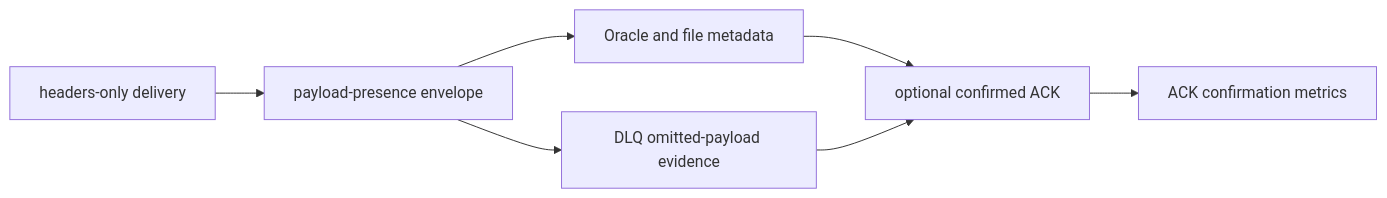
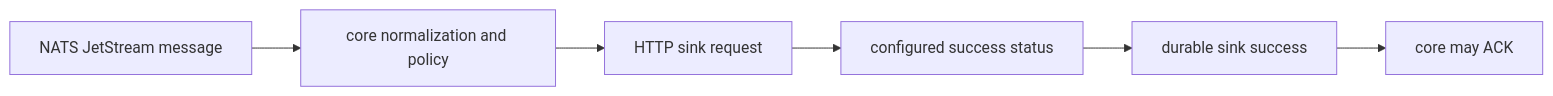
The diagram in docs/test-report.md (ProjectCuillin/nats-sinks), drawn with Mermaid before and after one commit. The commit also changed other lines of this file, not shown here.

Commit message:
Update HTTP sink test evidence

````diff
--- a/docs/test-report.md
+++ b/docs/test-report.md
@@ -40,9 +33,8 @@
 ```mermaid
 flowchart LR
-    Headers[headers-only delivery] --> Envelope[payload-presence envelope]
-    Envelope --> Sink[Oracle and file metadata]
-    Envelope --> DLQ[DLQ omitted-payload evidence]
-    Sink --> Ack[optional confirmed ACK]
-    DLQ --> Ack
-    Ack --> Metrics[ACK confirmation metrics]
+    NATS[NATS JetStream message] --> Core[core normalization and policy]
+    Core --> HTTP[HTTP sink request]
+    HTTP --> Status[configured success status]
+    Status --> Commit[durable sink success]
+    Commit --> Ack[core may ACK]
 ```
````
